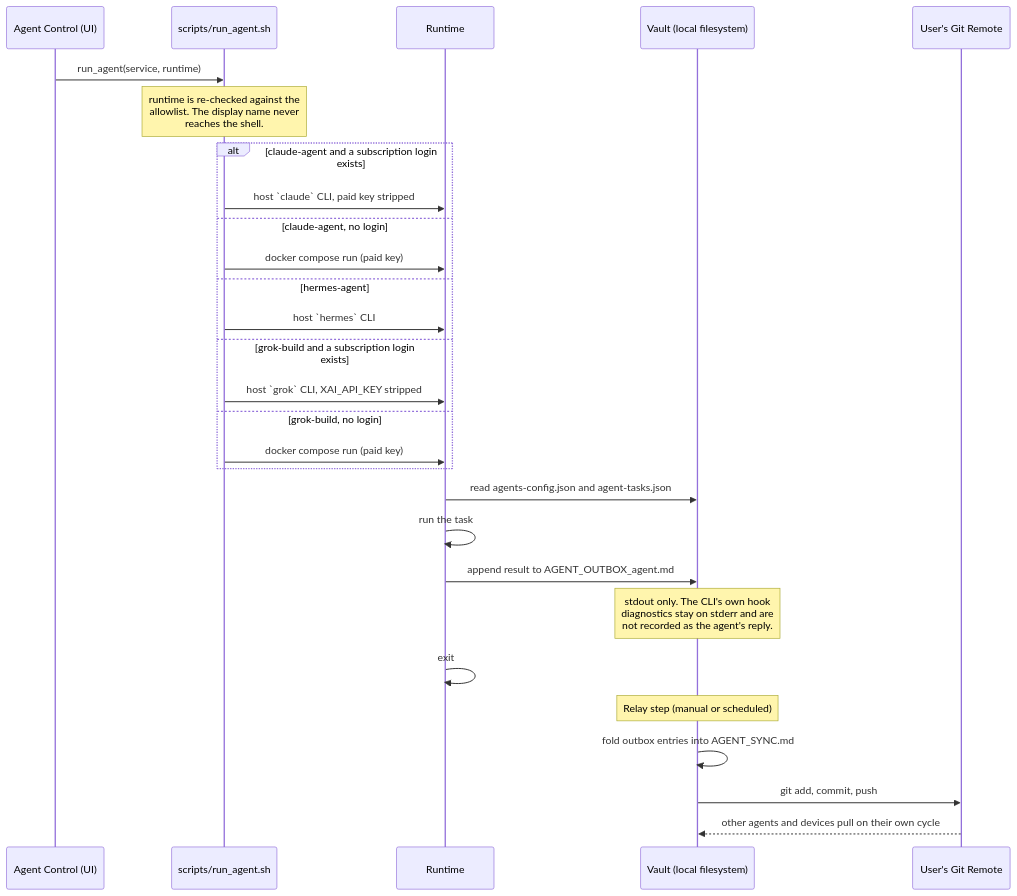
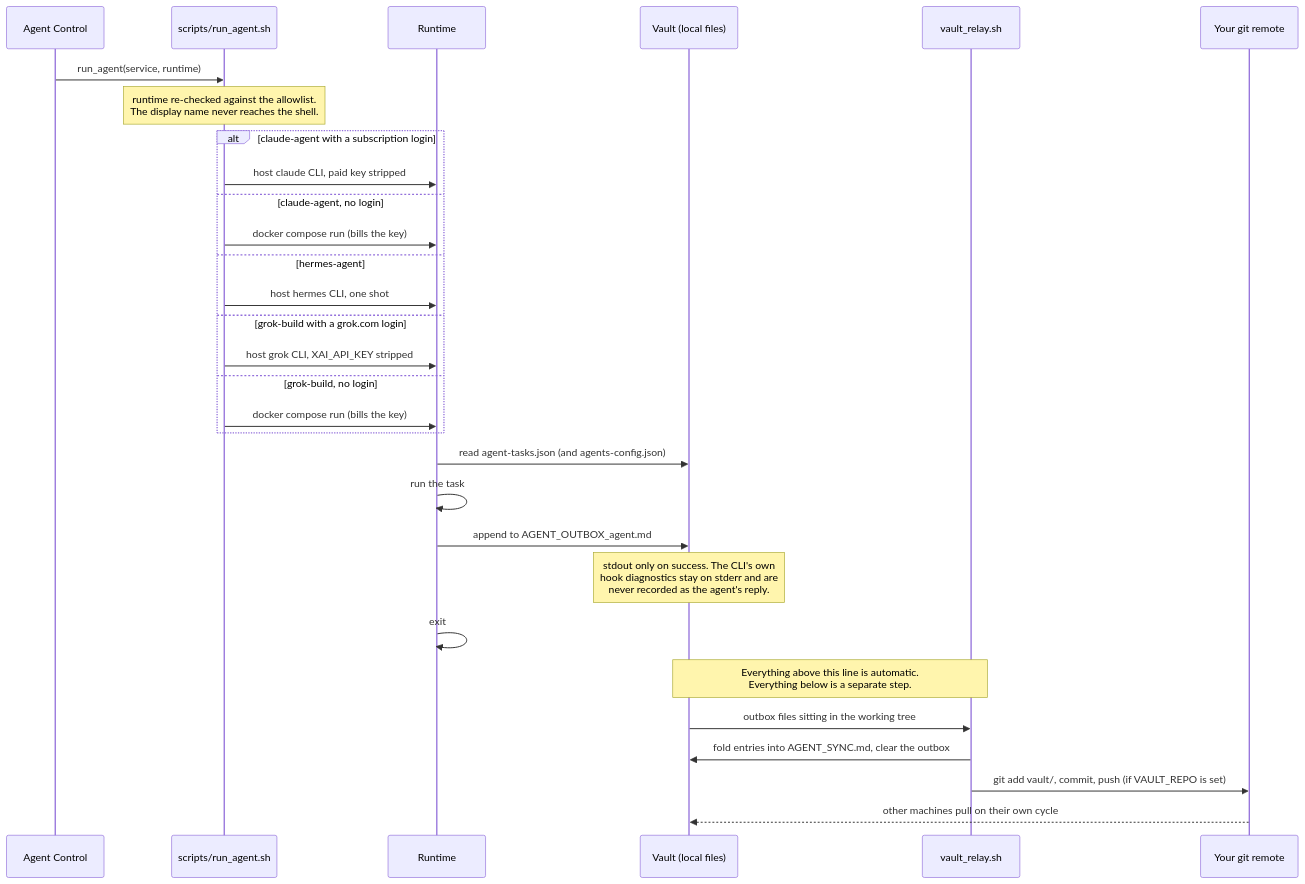
Before and after one commit to jacobcowanr/ValhallaAI: the seventh of 10 diagrams in ARCHITECTURE.md, drawn with Mermaid. The commit also changed other lines of this file and 3 other files, not shown here.

Commit message:
Rewrite all four docs with detailed diagrams and verified facts

````diff
--- a/ARCHITECTURE.md
+++ b/ARCHITECTURE.md
@@ -354,32 +613,45 @@
 ```mermaid
 sequenceDiagram
-    participant AC as Agent Control (UI)
+    accTitle: Agent run to coordination log, with the relay step
+    accDescr {
+        Agent Control asks the script to run one agent. The script re-checks
+        the runtime name against an allowlist and picks a path: a subscription
+        login on the host, or the paid container. The runtime reads its task
+        and config, does the work, and appends its answer to its own outbox
+        file. Nothing else in this diagram runs automatically. Folding the
+        outboxes into the shared log is a separate relay step, which is not
+        running by default, and it is the relay, not the agent, that commits
+        and pushes.
+    }
+    participant AC as Agent Control
     participant S as scripts/run_agent.sh
     participant RT as Runtime
-    participant V as Vault (local filesystem)
-    participant G as User's Git Remote
+    participant V as Vault (local files)
+    participant R as vault_relay.sh
+    participant G as Your git remote
 
     AC->>S: run_agent(service, runtime)
-    Note over S: runtime is re-checked against the<br/>allowlist. The display name never<br/>reaches the shell.
-    alt claude-agent and a subscription login exists
-        S->>RT: host `claude` CLI, paid key stripped
+    Note over S: runtime re-checked against the allowlist.<br/>The display name never reaches the shell.
+    alt claude-agent with a subscription login
+        S->>RT: host claude CLI, paid key stripped
     else claude-agent, no login
-        S->>RT: docker compose run (paid key)
+        S->>RT: docker compose run (bills the key)
     else hermes-agent
-        S->>RT: host `hermes` CLI
-    else grok-build and a subscription login exists
-        S->>RT: host `grok` CLI, XAI_API_KEY stripped
+        S->>RT: host hermes CLI, one shot
+    else grok-build with a grok.com login
+        S->>RT: host grok CLI, XAI_API_KEY stripped
     else grok-build, no login
-        S->>RT: docker compose run (paid key)
+        S->>RT: docker compose run (bills the key)
     end
-    RT->>V: read agents-config.json and agent-tasks.json
+    RT->>V: read agent-tasks.json (and agents-config.json)
     RT->>RT: run the task
-    RT->>V: append result to AGENT_OUTBOX_agent.md
-    Note over V: stdout only. The CLI's own hook<br/>diagnostics stay on stderr and are<br/>not recorded as the agent's reply.
+    RT->>V: append to AGENT_OUTBOX_agent.md
+    Note over V: stdout only on success. The CLI's own<br/>hook diagnostics stay on stderr and are<br/>never recorded as the agent's reply.
     RT->>RT: exit
 
-    Note over V: Relay step (manual or scheduled)
-    V->>V: fold outbox entries into AGENT_SYNC.md
-    V->>G: git add, commit, push
-    G-->>V: other agents and devices pull on their own cycle
+    Note over V,R: Everything above this line is automatic.<br/>Everything below is a separate step.
+    V->>R: outbox files sitting in the working tree
+    R->>V: fold entries into AGENT_SYNC.md, clear the outbox
+    R->>G: git add vault/, commit, push (if VAULT_REPO is set)
+    G-->>V: other machines pull on their own cycle
 ```
````
